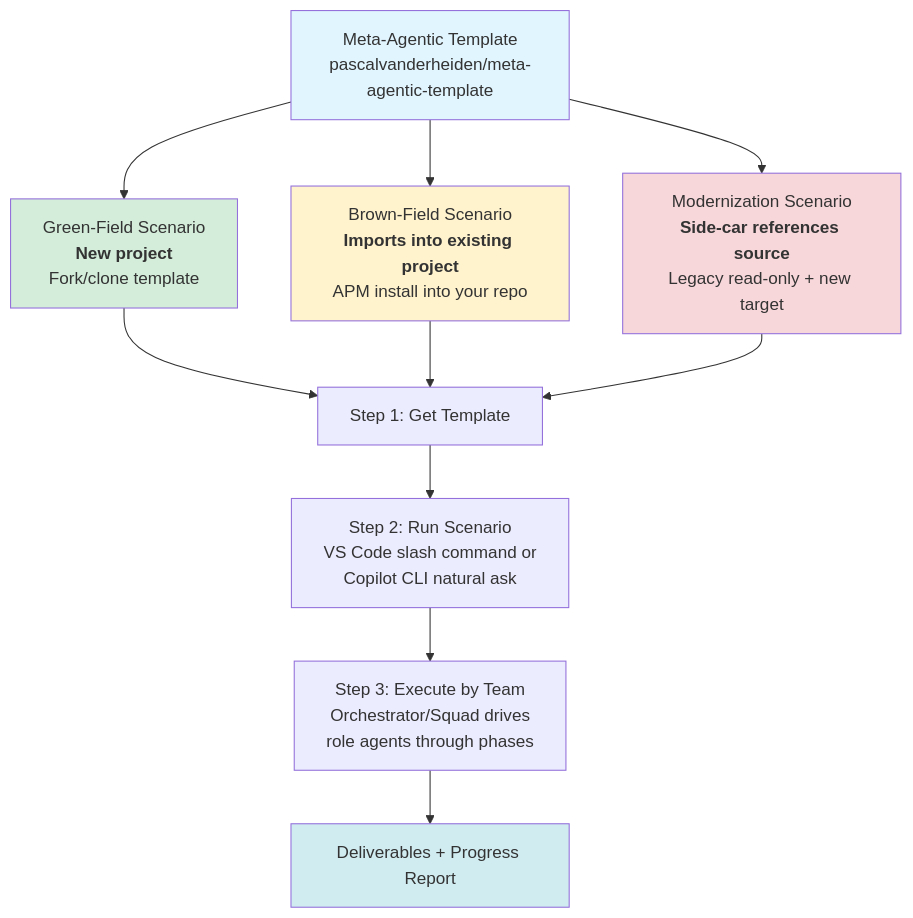
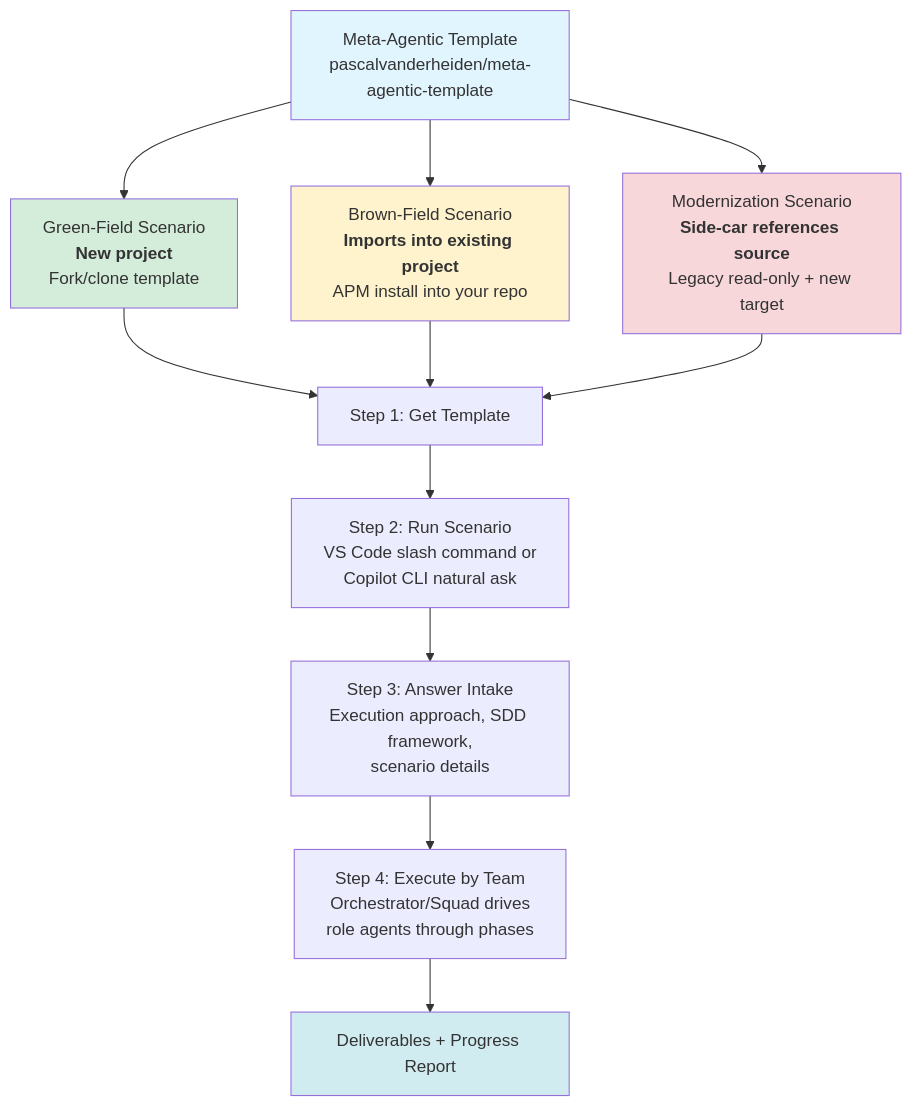
The diagram in README.md (pascalvanderheiden/meta-agentic-template), drawn with Mermaid before and after one commit. The commit also changed other lines of this file, not shown here.

First line of the commit message:
Restructure README Quick Start into 4 steps; fold intake choices into Step 3

````diff
--- a/README.md
+++ b/README.md
@@ -7,22 +7,23 @@
 ```mermaid
 flowchart TD
     MT[Meta-Agentic Template<br/>pascalvanderheiden/meta-agentic-template]
     
     MT --> GF[Green-Field Scenario<br/><b>New project</b><br/>Fork/clone template]
     MT --> BF[Brown-Field Scenario<br/><b>Imports into existing project</b><br/>APM install into your repo]
     MT --> MOD[Modernization Scenario<br/><b>Side-car references source</b><br/>Legacy read-only + new target]
     
     GF --> S1[Step 1: Get Template]
     BF --> S1
     MOD --> S1
     
     S1 --> S2[Step 2: Run Scenario<br/>VS Code slash command or<br/>Copilot CLI natural ask]
-    S2 --> S3[Step 3: Execute by Team<br/>Orchestrator/Squad drives<br/>role agents through phases]
-    S3 --> OUT[Deliverables + Progress Report]
+    S2 --> S3[Step 3: Answer Intake<br/>Execution approach, SDD framework,<br/>scenario details]
+    S3 --> S4[Step 4: Execute by Team<br/>Orchestrator/Squad drives<br/>role agents through phases]
+    S4 --> OUT[Deliverables + Progress Report]
     
     style MT fill:#e1f5ff
     style GF fill:#d4edda
     style BF fill:#fff3cd
     style MOD fill:#f8d7da
     style OUT fill:#d1ecf1
 ```
````
